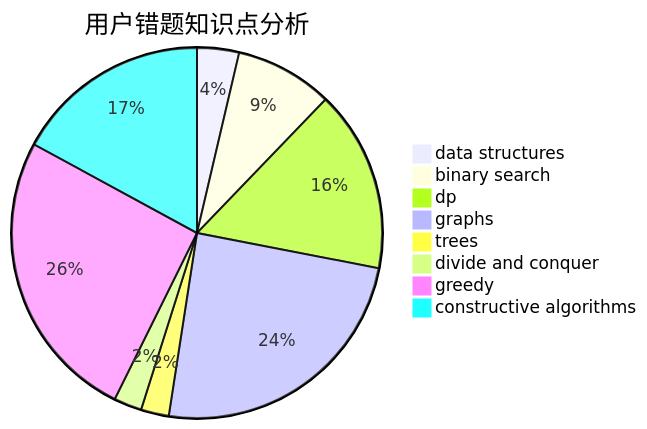
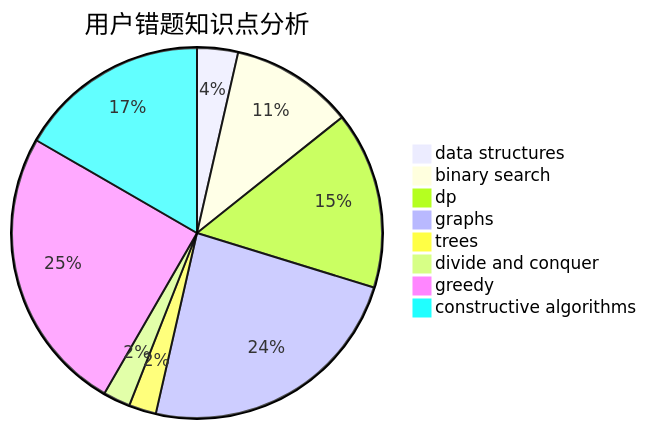
Before and after one commit to sherpahu/cfrs.github.io: the third of 3 diagrams in docs/user/u2371.md, drawn with Mermaid. The commit also changed other lines of this file and 2770 other files, not shown here.

````diff
--- a/docs/user/u2371.md
+++ b/docs/user/u2371.md
@@ -36,11 +36,11 @@
 ```mermaid
 pie title 用户错题知识点分析
     "data structures" :  3
-    "binary search" :  7
+    "binary search" :  9
     "dp" :  13
     "graphs" :  20
     "trees" :  2
     "divide and conquer" :  2
     "greedy" :  21
     "constructive algorithms" :  14
 ```
````
